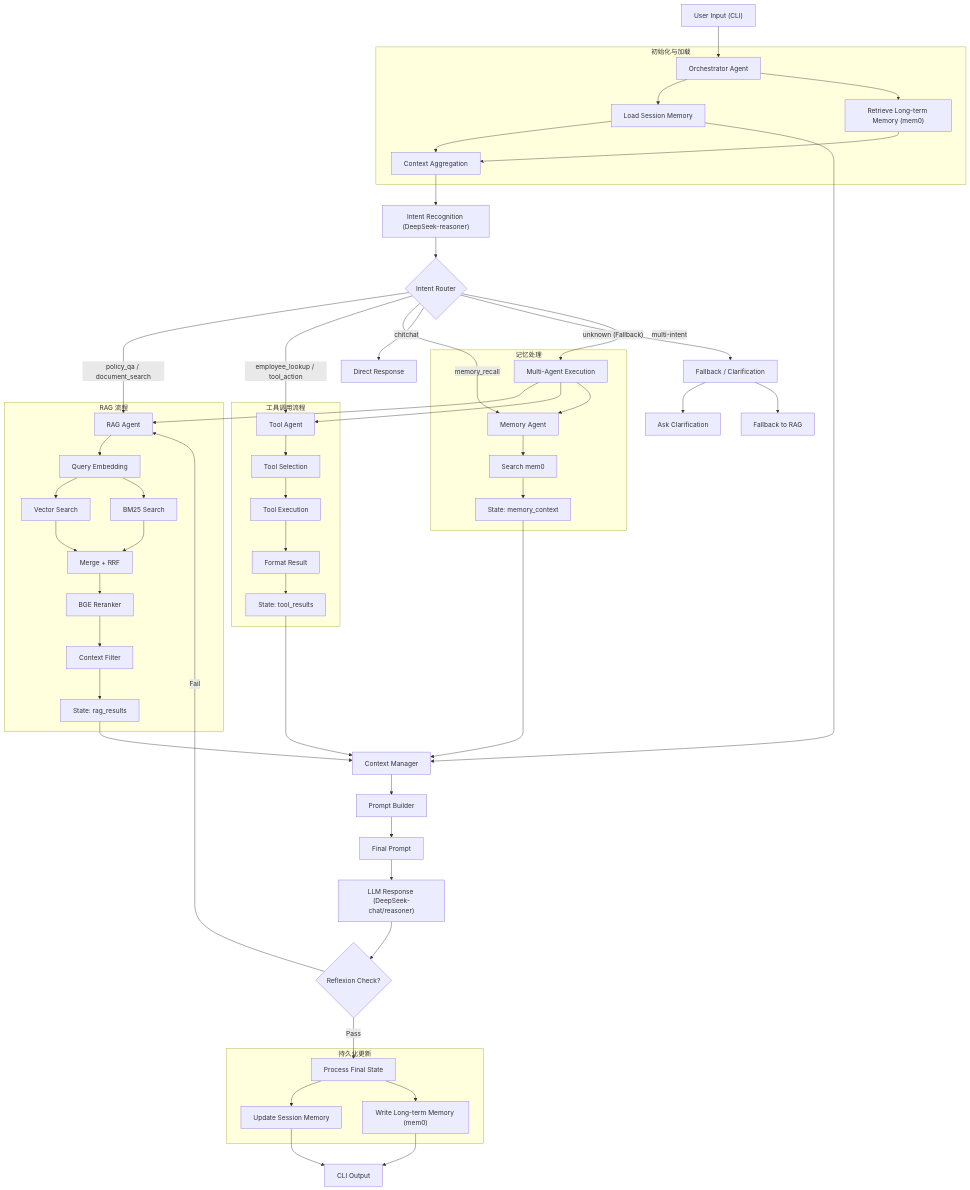
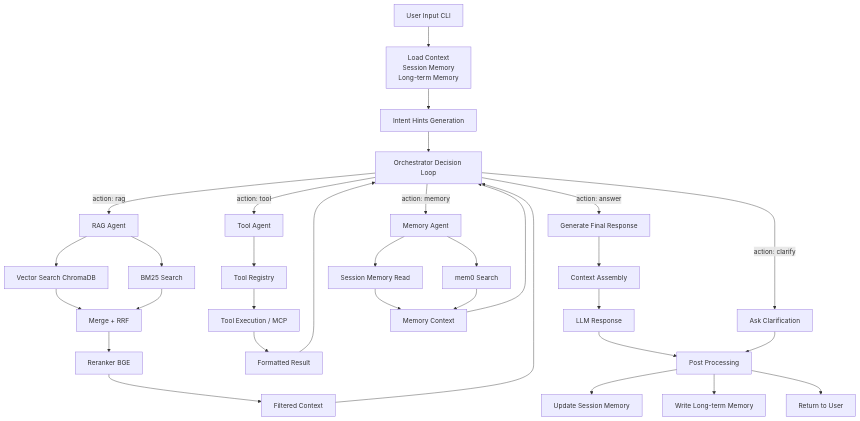
Before and after one commit to blueBananacc/HumanResource: the diagram in system_arch.mmd, drawn with Mermaid. The commit also changed 20 other files, not shown here.

```diff
--- a/system_arch.mmd
+++ b/system_arch.mmd
@@ -1,78 +1,54 @@
 flowchart TD
 
-%% ========== 用户入口 ==========
-A["User Input (CLI)"] --> B[Orchestrator Agent]
+%% ========== 用户输入 ==========
+A[User Input CLI] --> B[Load Context<br/>Session Memory<br/>Long-term Memory]
 
 %% ========== 上下文加载 ==========
-subgraph Initialization ["初始化与加载"]
-    B --> C1[Load Session Memory]
-    B --> C2["Retrieve Long-term Memory (mem0)"]
-    C1 --> D[Context Aggregation]
-    C2 --> D
-end
+B --> B3[Intent Hints Generation]
 
-%% ========== 意图识别与路由 ==========
-D --> E["Intent Recognition (DeepSeek-reasoner)"]
-E --> F{Intent Router}
+B3 --> C
 
-F -->|policy_qa / document_search| G[RAG Agent]
-F -->|employee_lookup / tool_action| H[Tool Agent]
-F -->|memory_recall| I[Memory Agent]
-F -->|chitchat| J[Direct Response]
-F -->|"unknown (Fallback)"| K[Fallback / Clarification]
-F -->|multi-intent| L[Multi-Agent Execution]
+%% ========== Orchestrator ==========
+C[Orchestrator Decision Loop]
 
-%% ========== 各 Agent 内部逻辑 ==========
-subgraph RAG_Proc ["RAG 流程"]
-    G --> G1[Query Embedding]
-    G1 --> G2[Vector Search]
-    G1 --> G3[BM25 Search]
-    G2 --> G4[Merge + RRF]
-    G3 --> G4
-    G4 --> G5[BGE Reranker]
-    G5 --> G6[Context Filter]
-    G6 --> M["State: rag_results"]
-end
+%% ========== 决策分支 ==========
+C -->|action: rag| D[RAG Agent]
+C -->|action: tool| E[Tool Agent]
+C -->|action: memory| F[Memory Agent]
+C -->|action: answer| G[Generate Final Response]
+C -->|action: clarify| H[Ask Clarification]
 
-subgraph Tool_Proc ["工具调用流程"]
-    H --> H1[Tool Selection]
-    H1 --> H2[Tool Execution]
-    H2 --> H3[Format Result]
-    H3 --> N["State: tool_results"]
-end
+%% ========== RAG ==========
+D --> D1[Vector Search ChromaDB]
+D --> D2[BM25 Search]
+D1 --> D3[Merge + RRF]
+D2 --> D3
+D3 --> D4[Reranker BGE]
+D4 --> D5[Filtered Context]
+D5 --> C
 
-subgraph Mem_Proc ["记忆处理"]
-    I --> I1[Search mem0]
-    I1 --> O["State: memory_context"]
-    
-    L --> G
-    L --> H
-    L --> I
-end
+%% ========== Tool ==========
+E --> E1[Tool Registry]
+E1 --> E2[Tool Execution / MCP]
+E2 --> E3[Formatted Result]
+E3 --> C
 
-%% ========== 决策反馈 ==========
-K --> K1[Ask Clarification]
-K --> K2[Fallback to RAG]
+%% ========== Memory ==========
+F --> F1[Session Memory Read]
+F --> F2[mem0 Search]
+F1 --> F3[Memory Context]
+F2 --> F3
+F3 --> C
 
-%% ========== 汇总与生成 ==========
-M --> P[Context Manager]
-N --> P
-O --> P
-C1 --> P
+%% ========== 生成回复 ==========
+G --> I[Context Assembly]
+I --> J[LLM Response]
+J --> K[Post Processing]
 
-P --> Q[Prompt Builder]
-Q --> R[Final Prompt]
-R --> S["LLM Response (DeepSeek-chat/reasoner)"]
+%% ========== 澄清 ==========
+H --> K
 
-%% ========== 后处理与反思 ==========
-S --> W{"Reflexion Check?"}
-W -->|Fail| G
-W -->|Pass| T_Logic
-
-subgraph Persistence ["持久化更新"]
-    T_Logic[Process Final State] --> T1[Update Session Memory]
-    T_Logic --> T2["Write Long-term Memory (mem0)"]
-end
-
-T1 --> V["CLI Output"]
-T2 --> V
+%% ========== 后处理 ==========
+K --> K1[Update Session Memory]
+K --> K2[Write Long-term Memory]
+K --> L[Return to User]
```
